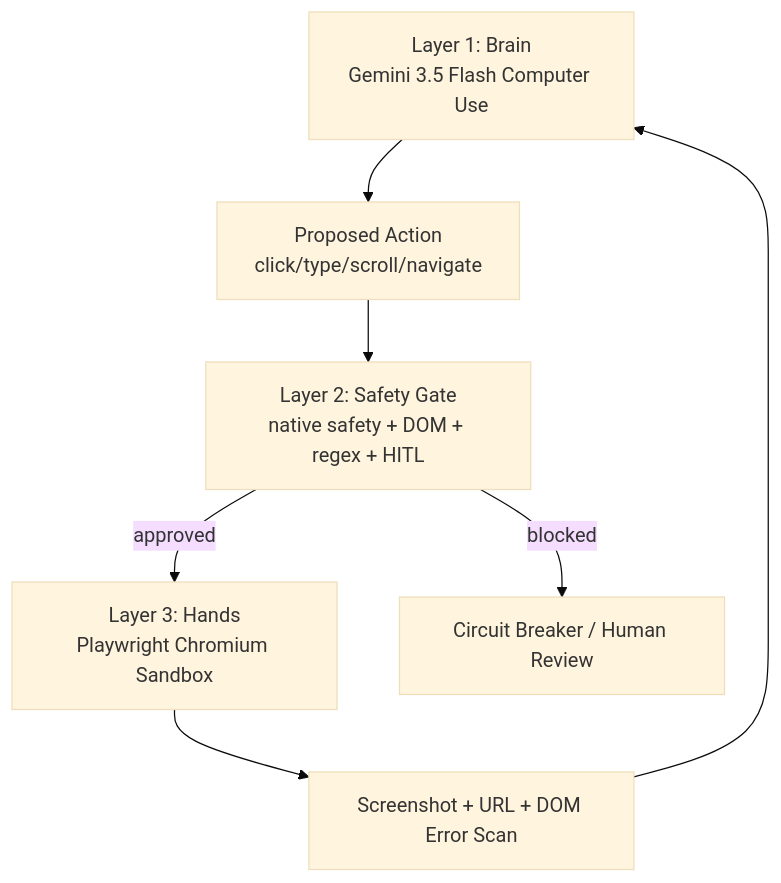
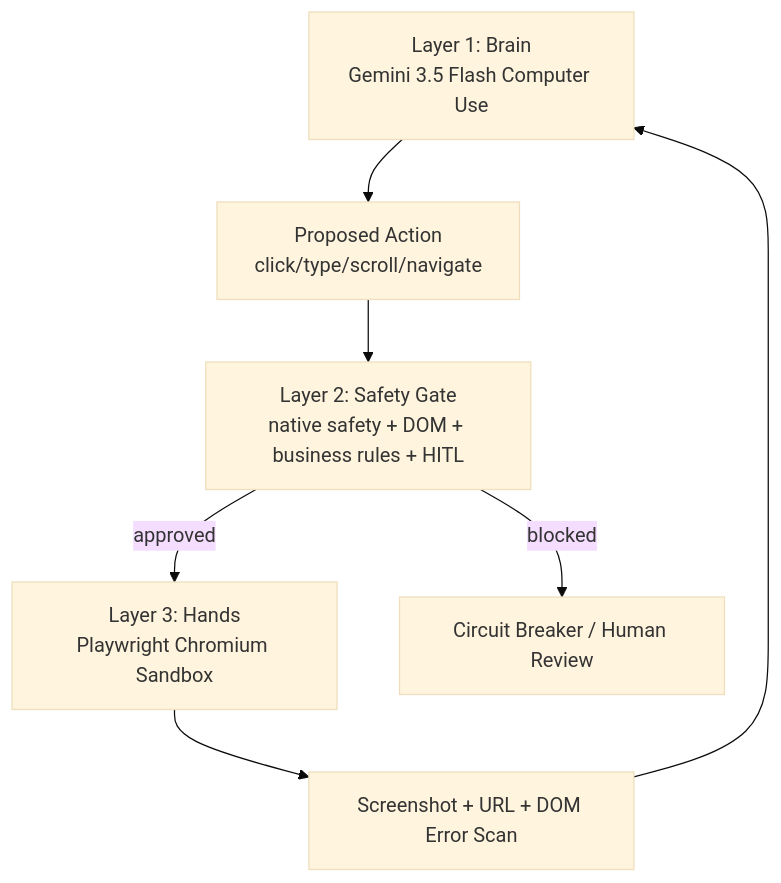
One commit to obirn/raise-summit changed the diagram in docs/architecture.md. Above: the diagram before and after it, drawn with Mermaid (base theme). The commit also changed other lines of this file and 7 other files, not shown here.

Commit message:
Expand Docklock safety gate business rules

````diff
--- a/docs/architecture.md
+++ b/docs/architecture.md
@@ -7,9 +7,9 @@
 ```mermaid
 flowchart TD
     A["Layer 1: Brain<br/>Gemini 3.5 Flash Computer Use"] --> B["Proposed Action<br/>click/type/scroll/navigate"]
-    B --> C["Layer 2: Safety Gate<br/>native safety + DOM + regex + HITL"]
+    B --> C["Layer 2: Safety Gate<br/>native safety + DOM + business rules + HITL"]
     C -->|approved| D["Layer 3: Hands<br/>Playwright Chromium Sandbox"]
     C -->|blocked| E["Circuit Breaker / Human Review"]
     D --> F["Screenshot + URL + DOM Error Scan"]
     F --> A
 ```
````
